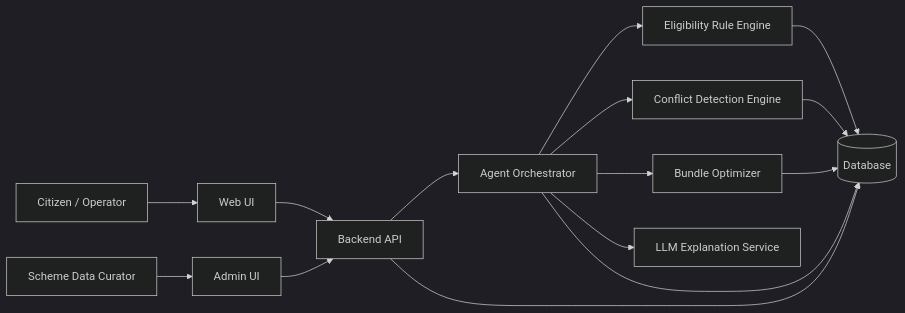
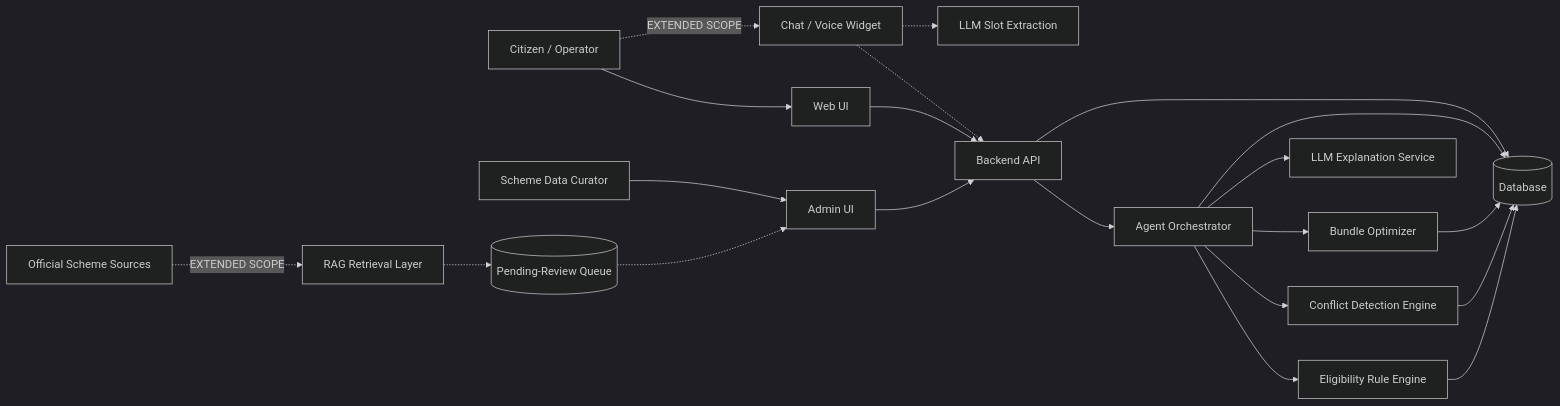
One commit to Parth-Shingane-27/Kurukshetra_Eklavya changed the first of 2 diagrams in plan.md. Above: the diagram before and after it, drawn with Mermaid (dark theme). The commit also changed other lines of this file and 23 other files, not shown here.

````diff
--- a/plan.md
+++ b/plan.md
@@ -366,17 +496,23 @@
 ```mermaid
 flowchart LR
     User[Citizen / Operator] --> UI[Web UI]
+    User -.->|EXTENDED SCOPE| VoiceUI[Chat / Voice Widget]
     Admin[Scheme Data Curator] --> AdminUI[Admin UI]
     UI --> API[Backend API]
+    VoiceUI -.-> API
     AdminUI --> API
     API --> Orchestrator[Agent Orchestrator]
     Orchestrator --> RuleEngine[Eligibility Rule Engine]
     Orchestrator --> ConflictEngine[Conflict Detection Engine]
     Orchestrator --> Optimizer[Bundle Optimizer]
     Orchestrator --> LLM[LLM Explanation Service]
+    VoiceUI -.-> NLP[LLM Slot Extraction]
     RuleEngine --> DB[(Database)]
     ConflictEngine --> DB
     Optimizer --> DB
     API --> DB
     Orchestrator --> DB
+    RAGSources[Official Scheme Sources] -.->|EXTENDED SCOPE| RAG[RAG Retrieval Layer]
+    RAG -.-> PendingQueue[(Pending-Review Queue)]
+    PendingQueue -.-> AdminUI
 ```
````
